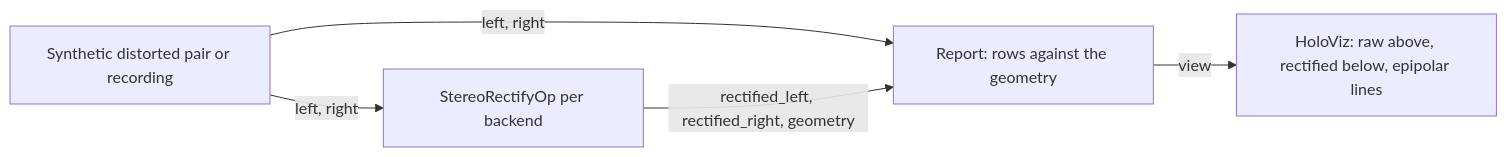
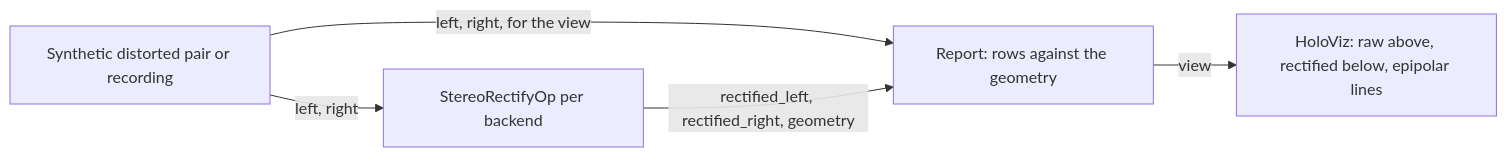
One commit to snknitheesh/holoscan-zozo-modules changed the diagram in applications/rectify/README.md. Above: the diagram before and after it, drawn with Mermaid. The commit also changed other lines of this file and 3 other files, not shown here.

````diff
--- a/applications/rectify/README.md
+++ b/applications/rectify/README.md
@@ -11,7 +11,7 @@
 ```mermaid
 flowchart LR
     S[Synthetic distorted pair or recording] -->|left, right| R1[StereoRectifyOp per backend]
-    S -->|left, right| P[Report: rows against the geometry]
+    S -->|left, right, for the view| P[Report: rows against the geometry]
     R1 -->|rectified_left, rectified_right, geometry| P
     P -->|view| V[HoloViz: raw above, rectified below, epipolar lines]
 ```
````
